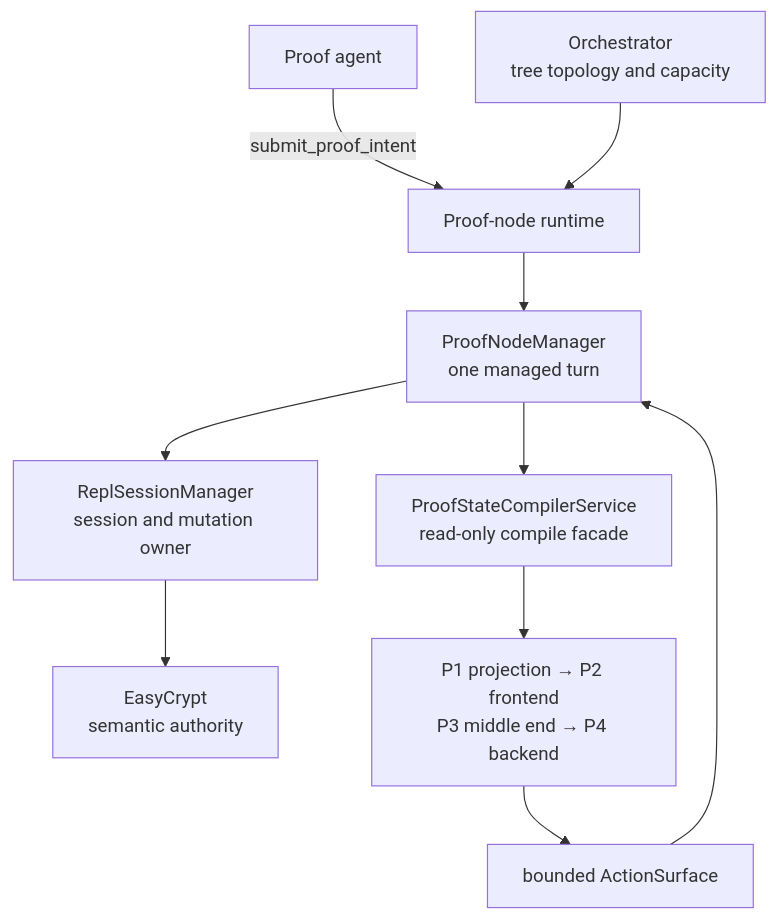
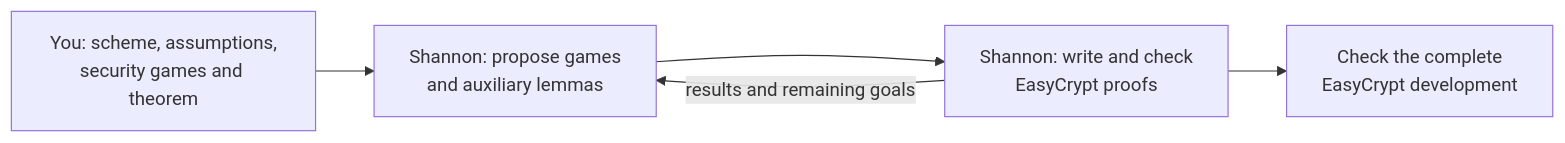
Before and after one commit to SkyShannonProver/shannon-prover: the diagram in README.md, drawn with Mermaid. The commit also changed other lines of this file and 85 other files, not shown here.

````diff
--- a/README.md
+++ b/README.md
@@ -313,12 +37,7 @@
 ```mermaid
-flowchart TD
-    Agent["Proof agent"] -->|"submit_proof_intent"| Runtime["Proof-node runtime"]
-    Orchestrator["Orchestrator<br/>tree topology and capacity"] --> Runtime
-    Runtime --> Manager["ProofNodeManager<br/>one managed turn"]
-    Manager --> Session["ReplSessionManager<br/>session and mutation owner"]
-    Session --> EasyCrypt["EasyCrypt<br/>semantic authority"]
-    Manager --> Compiler["ProofStateCompilerService<br/>read-only compile facade"]
-    Compiler --> Passes["P1 projection → P2 frontend<br/>P3 middle end → P4 backend"]
-    Passes --> Actions["bounded ActionSurface"]
-    Actions --> Manager
+flowchart LR
+    Input["You: scheme, assumptions,<br/>security games and theorem"] --> Plan["Shannon: propose games<br/>and auxiliary lemmas"]
+    Plan --> Proof["Shannon: write and check<br/>EasyCrypt proofs"]
+    Proof -->|"results and remaining goals"| Plan
+    Proof --> Final["Check the complete<br/>EasyCrypt development"]
 ```
````
